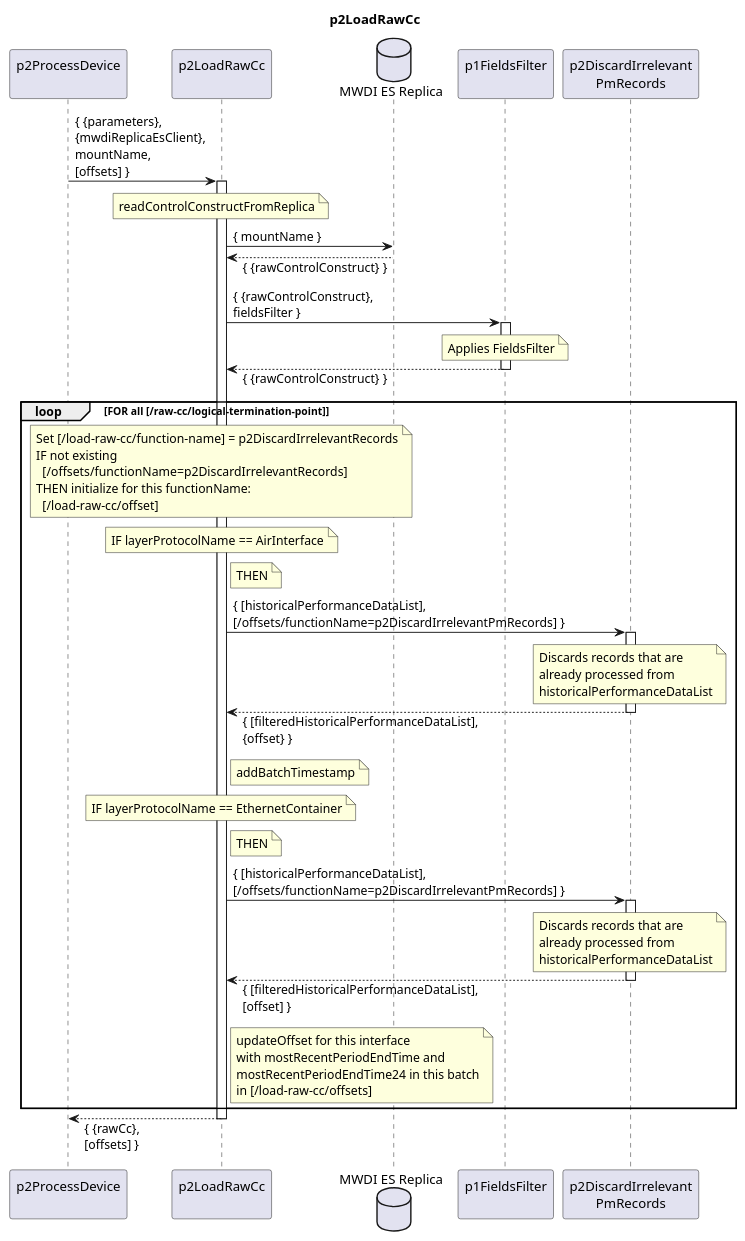
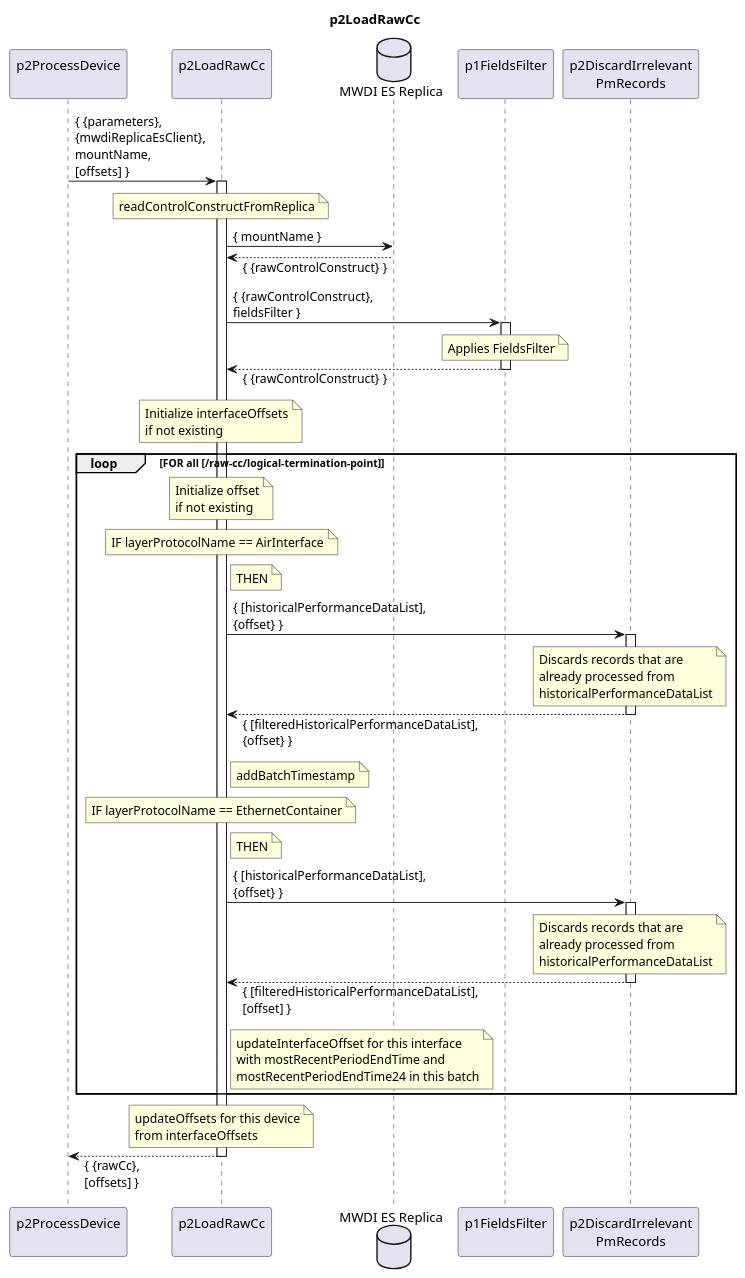
Before and after one commit to openBackhaul/DevicePerformanceManagementDataProcessor: the diagram in spec/Functions/p1StreamPmData/p2ProcessDevice/p2LoadRawCc/1.0.0/p2LoadRawCc.plantuml, drawn with PlantUML. The commit also changed 4 other files, not shown here.

Commit message:
specify p2LoadRawCc

```diff
--- a/spec/Functions/p1StreamPmData/p2ProcessDevice/p2LoadRawCc/1.0.0/p2LoadRawCc.plantuml
+++ b/spec/Functions/p1StreamPmData/p2ProcessDevice/p2LoadRawCc/1.0.0/p2LoadRawCc.plantuml
@@ -1,93 +1,99 @@
 @startuml p2LoadRawCc
 skinparam responseMessageBelowArrow true
 
 title
   p2LoadRawCc
 end title
 
 participant "p2ProcessDevice\n" as requestor
 participant "p2LoadRawCc\n" as cur
 database "MWDI ES Replica" as MwdiEs
 participant "p1FieldsFilter\n" as fieldsFilter
 participant "p2DiscardIrrelevant\nPmRecords" as filterPm
 
 requestor -> cur: { {parameters},\n{mwdiReplicaEsClient},\nmountName,\n[offsets] }
 activate cur
 
   note over cur
     readControlConstructFromReplica
   end note
   cur -> MwdiEs: { mountName }
   cur <-- MwdiEs: { {rawControlConstruct} }
 
   cur -> fieldsFilter: { {rawControlConstruct},\nfieldsFilter }
   activate fieldsFilter
     note over fieldsFilter
       Applies FieldsFilter
     end note
   cur <-- fieldsFilter: { {rawControlConstruct} }
   deactivate fieldsFilter
 
+  note over cur
+    Initialize interfaceOffsets
+    if not existing
+  end note
+
   loop FOR all [/raw-cc/logical-termination-point]
 
     note over cur
-      Set [/load-raw-cc/function-name] = p2DiscardIrrelevantRecords
-      IF not existing
-        [/offsets/functionName=p2DiscardIrrelevantRecords]
-      THEN initialize for this functionName:
-        [/load-raw-cc/offset]
+      Initialize offset
+      if not existing
     end note
 
     note over cur
       IF layerProtocolName == AirInterface
     end note
 
     note right cur
       THEN
     end note
 
-    cur -> filterPm: { [historicalPerformanceDataList],\n[/offsets/functionName=p2DiscardIrrelevantPmRecords] }
+    cur -> filterPm: { [historicalPerformanceDataList],\n{offset} }
     activate filterPm
     note over filterPm
       Discards records that are
       already processed from
       historicalPerformanceDataList
     end note
     cur <-- filterPm: { [filteredHistoricalPerformanceDataList],\n{offset} }
     deactivate filterPm
 
     note right cur
       addBatchTimestamp
     end note
 
     note over cur
       IF layerProtocolName == EthernetContainer
     end note
 
     note right cur
       THEN
     end note
 
-    cur -> filterPm: { [historicalPerformanceDataList],\n[/offsets/functionName=p2DiscardIrrelevantPmRecords] }
+    cur -> filterPm: { [historicalPerformanceDataList],\n{offset} }
     activate filterPm
     note over filterPm
       Discards records that are
       already processed from
       historicalPerformanceDataList
     end note
     cur <-- filterPm: { [filteredHistoricalPerformanceDataList],\n[offset] }
     deactivate filterPm
 
     note right cur
-      updateOffset for this interface
+      updateInterfaceOffset for this interface
       with mostRecentPeriodEndTime and
       mostRecentPeriodEndTime24 in this batch
-      in [/load-raw-cc/offsets]
     end note
 
   end loop
+
+  note over cur
+    updateOffsets for this device
+    from interfaceOffsets
+  end note
 
 requestor <-- cur: { {rawCc},\n[offsets] }
 deactivate cur
 
 @enduml
```
